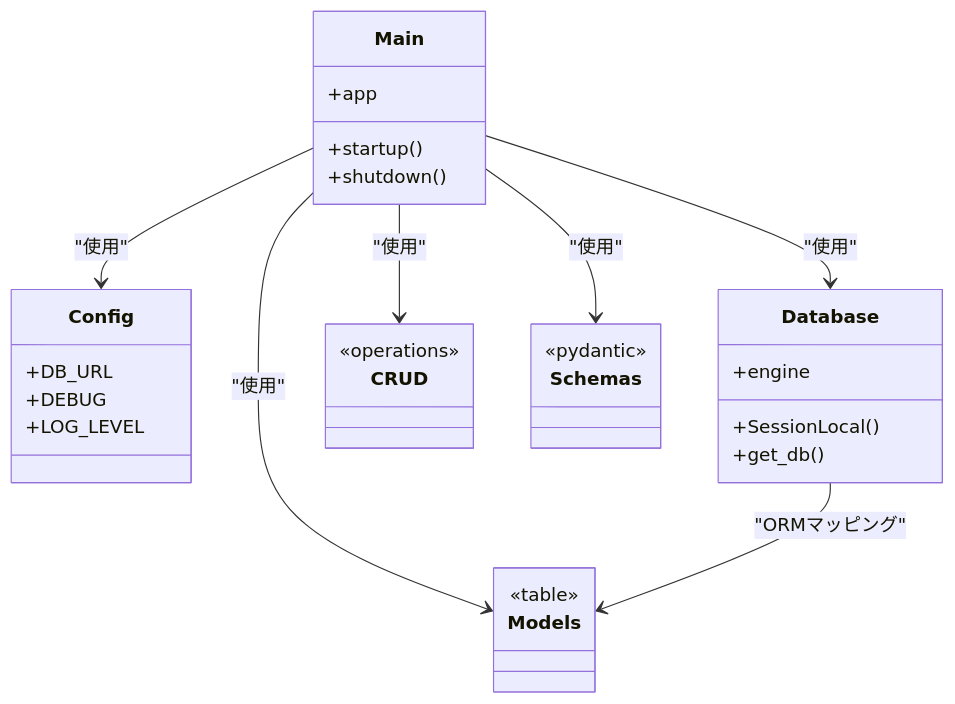
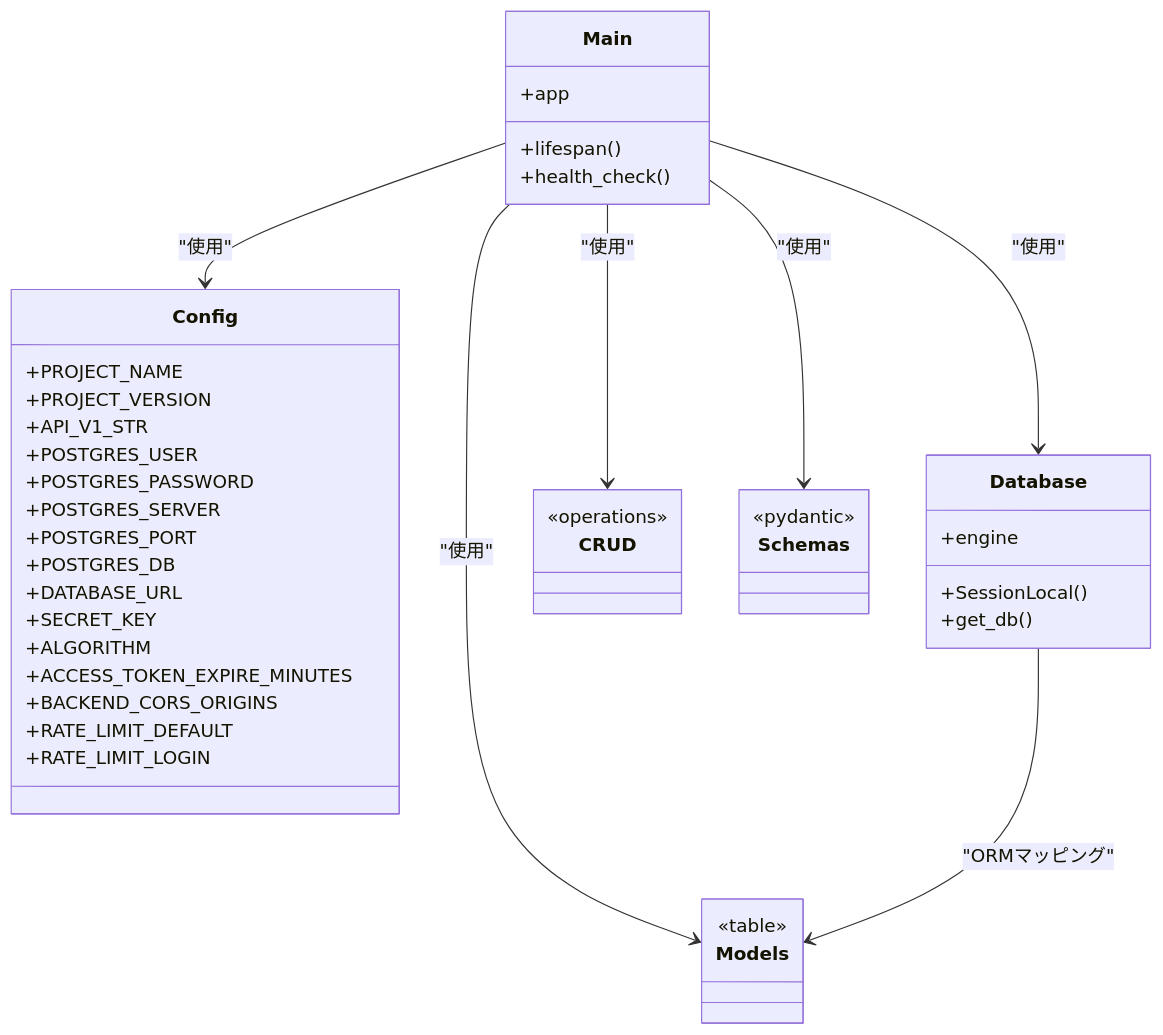
One commit to ss8806/Todos changed the fourth of 8 diagrams in .qoder/repowiki/ja/content/アーキテクチャ/インフラアーキテクチャ.md. Above: the diagram before and after it, drawn with Mermaid. The commit also changed other lines of this file and 17 other files, not shown here.

````diff
--- a/.qoder/repowiki/ja/content/アーキテクチャ/インフラアーキテクチャ.md
+++ b/.qoder/repowiki/ja/content/アーキテクチャ/インフラアーキテクチャ.md
@@ -228,33 +309,45 @@
 ```mermaid
 classDiagram
 class Config {
-+DB_URL
-+DEBUG
-+LOG_LEVEL
++PROJECT_NAME
++PROJECT_VERSION
++API_V1_STR
++POSTGRES_USER
++POSTGRES_PASSWORD
++POSTGRES_SERVER
++POSTGRES_PORT
++POSTGRES_DB
++DATABASE_URL
++SECRET_KEY
++ALGORITHM
++ACCESS_TOKEN_EXPIRE_MINUTES
++BACKEND_CORS_ORIGINS
++RATE_LIMIT_DEFAULT
++RATE_LIMIT_LOGIN
 }
 class Database {
 +engine
 +SessionLocal()
 +get_db()
 }
 class Models {
 <<table>>
 }
 class CRUD {
 <<operations>>
 }
 class Schemas {
 <<pydantic>>
 }
 class Main {
 +app
-+startup()
-+shutdown()
++lifespan()
++health_check()
 }
 Main --> Config : "使用"
 Main --> Database : "使用"
 Main --> Models : "使用"
 Main --> CRUD : "使用"
 Main --> Schemas : "使用"
 Database --> Models : "ORMマッピング"
 ```
````
